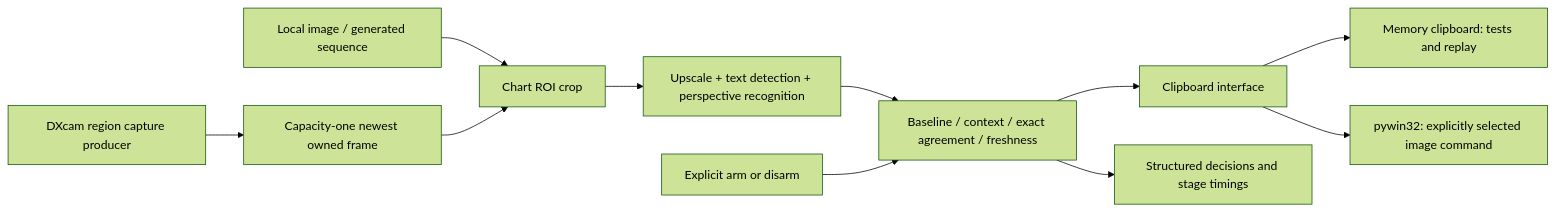
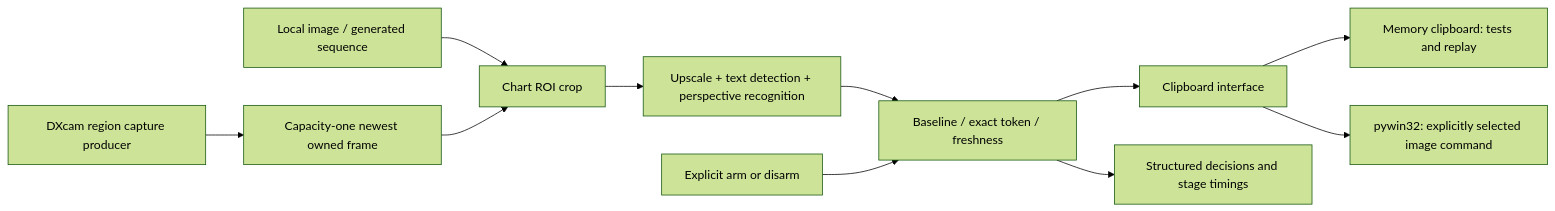
Before and after one commit to Cjayyy05/Automated-Text-Detector: the diagram in docs/PROJECT_SPEC.md, drawn with Mermaid (forest theme). The commit also changed other lines of this file and 51 other files, not shown here.

````diff
--- a/docs/PROJECT_SPEC.md
+++ b/docs/PROJECT_SPEC.md
@@ -78,13 +54,13 @@
 ```mermaid
 flowchart LR
     FILE[Local image / generated sequence] --> ROI[Chart ROI crop]
     DX[DXcam region capture producer] --> SLOT[Capacity-one newest owned frame]
     SLOT --> ROI
     ROI --> OCR[Upscale + text detection + perspective recognition]
-    OCR --> POLICY[Baseline / context / exact agreement / freshness]
+    OCR --> POLICY[Baseline / exact token / freshness]
     ARM[Explicit arm or disarm] --> POLICY
     POLICY --> CLIP[Clipboard interface]
     CLIP --> MEM[Memory clipboard: tests and replay]
     CLIP --> WIN[pywin32: explicitly selected image command]
     POLICY --> TIMING[Structured decisions and stage timings]
 ```
````
